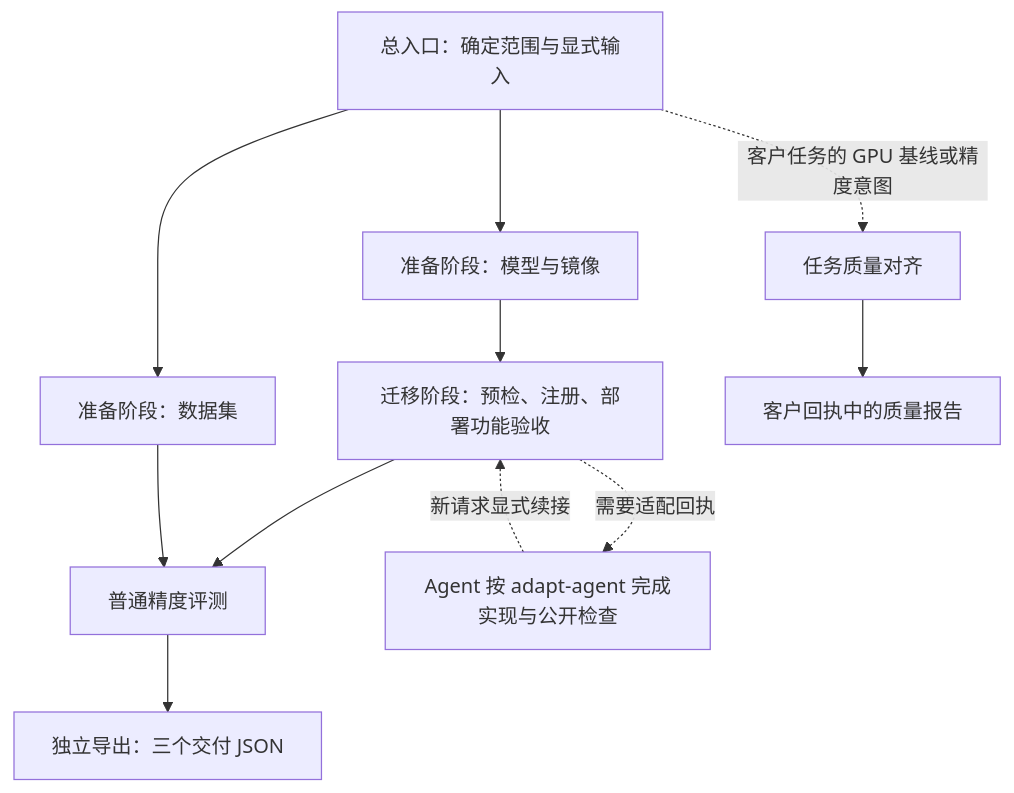
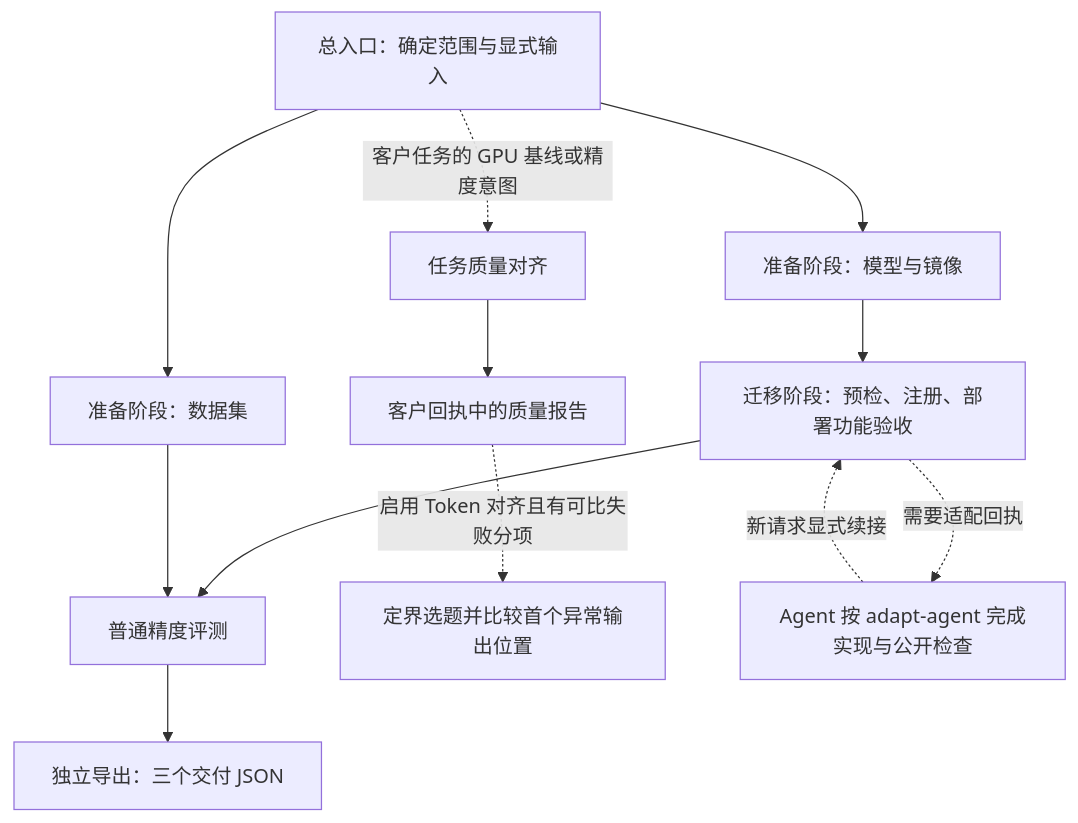
One commit to 23japhone/model-migration changed the diagram in docs/ARCHITECTURE.md. Above: the diagram before and after it, drawn with Mermaid. The commit also changed other lines of this file and 59 other files, not shown here.

````diff
--- a/docs/ARCHITECTURE.md
+++ b/docs/ARCHITECTURE.md
@@ -127,13 +127,14 @@
 ```mermaid
 flowchart TD
     E[总入口：确定范围与显式输入] --> P[准备阶段：模型与镜像]
     E --> D[准备阶段：数据集]
     P --> M[迁移阶段：预检、注册、部署功能验收]
     M --> A[普通精度评测]
     D --> A
     A --> H[独立导出：三个交付 JSON]
     E -. 客户任务的 GPU 基线或精度意图 .-> Q[任务质量对齐]
     Q --> S[客户回执中的质量报告]
+    S -. 启用 Token 对齐且有可比失败分项 .-> T[定界选题并比较首个异常输出位置]
     M -. 需要适配回执 .-> R[Agent 按 adapt-agent 完成实现与公开检查]
     R -. 新请求显式续接 .-> M
 ```
````
